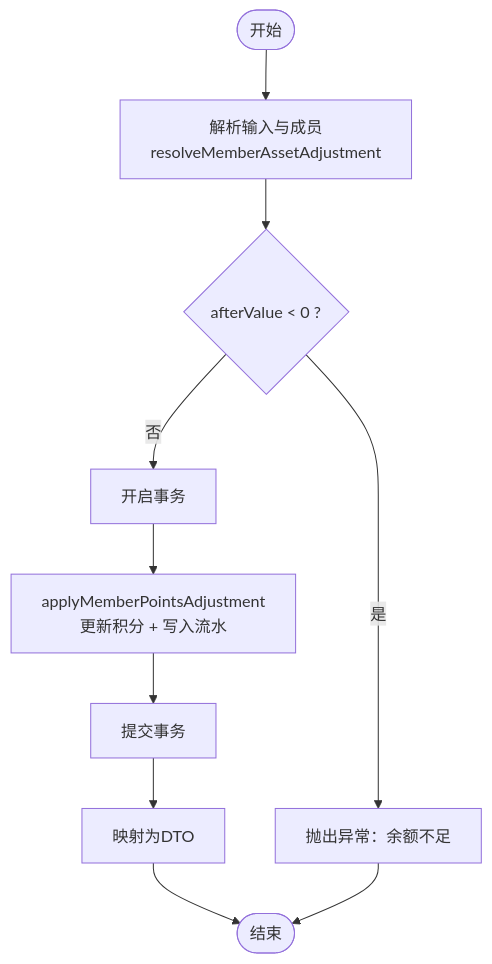
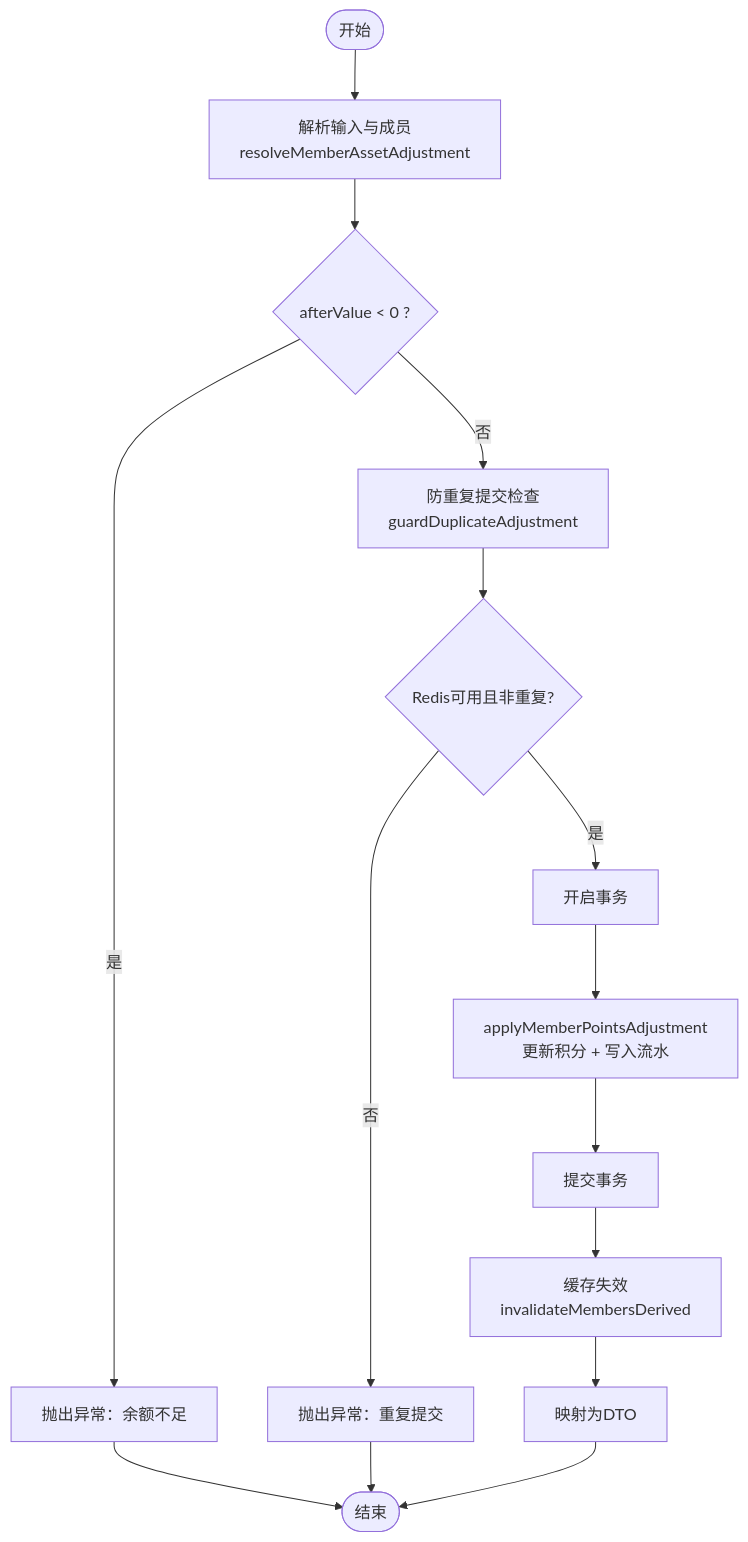
Before and after one commit to rc558620/purelyprofit-server: the fifth of 5 diagrams in .qoder/repowiki/zh/content/业务模块/会员管理模块/会员积分管理.md, drawn with Mermaid. The commit also changed other lines of this file and 19 other files, not shown here.

````diff
--- a/.qoder/repowiki/zh/content/业务模块/会员管理模块/会员积分管理.md
+++ b/.qoder/repowiki/zh/content/业务模块/会员管理模块/会员积分管理.md
@@ -378,12 +462,17 @@
 ```mermaid
 flowchart TD
 Start(["开始"]) --> Parse["解析输入与成员<br/>resolveMemberAssetAdjustment"]
 Parse --> Check{"afterValue < 0 ?"}
 Check --> |是| Err["抛出异常：余额不足"]
-Check --> |否| Txn["开启事务"]
+Check --> |否| Dedup["防重复提交检查<br/>guardDuplicateAdjustment"]
+Dedup --> DedupCheck{"Redis可用且非重复?"}
+DedupCheck --> |否| DedupErr["抛出异常：重复提交"]
+DedupCheck --> |是| Txn["开启事务"]
 Txn --> Apply["applyMemberPointsAdjustment<br/>更新积分 + 写入流水"]
 Apply --> Commit["提交事务"]
-Commit --> Map["映射为DTO"]
+Commit --> Invalidate["缓存失效<br/>invalidateMembersDerived"]
+Invalidate --> Map["映射为DTO"]
 Map --> End(["结束"])
 Err --> End
+DedupErr --> End
 ```
````
